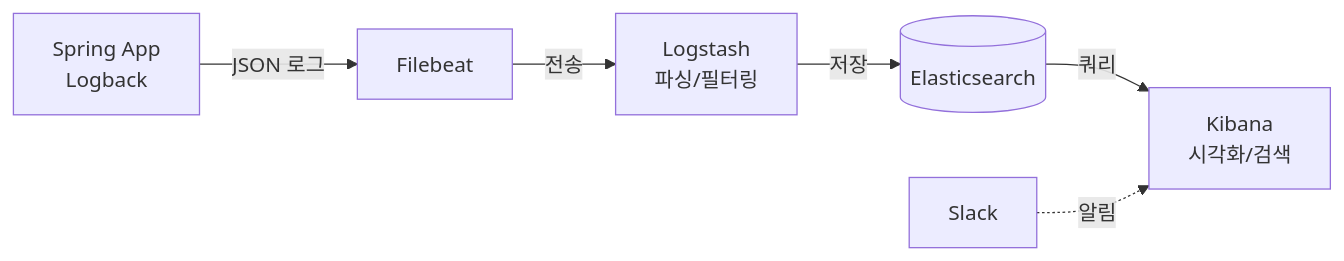
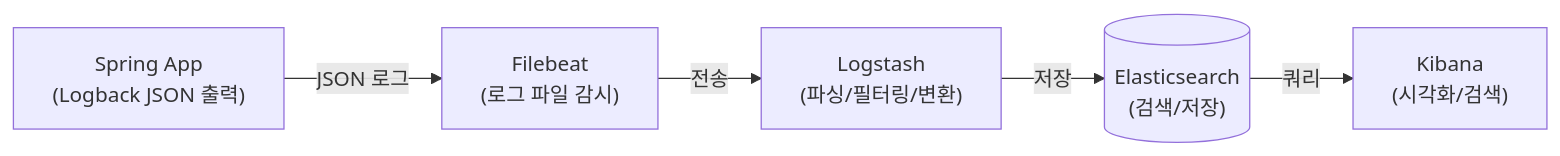
Before and after one commit to yjkim2015/yjkim2015.github.io: the third of 3 diagrams in _posts/monitoring/2026-05-01-monitoring-tools.md, drawn with Mermaid. The commit also changed other lines of this file and 34 other files, not shown here.

First line of the commit message:
Full quality pass: 41 files — ASCII removed, 동작원리 보강, diagrams

```diff
--- a/_posts/monitoring/2026-05-01-monitoring-tools.md
+++ b/_posts/monitoring/2026-05-01-monitoring-tools.md
@@ -255,8 +242,7 @@
 <div class="mermaid">
 graph LR
-    APP[Spring App<br>Logback] -->|JSON 로그| FB[Filebeat]
-    FB -->|전송| LS[Logstash<br>파싱/필터링]
-    LS -->|저장| ES[(Elasticsearch)]
-    ES -->|쿼리| KI[Kibana<br>시각화/검색]
-    SLACK[Slack] -.->|알림| KI
+    APP["Spring App\n(Logback JSON 출력)"] -->|"JSON 로그"| FB["Filebeat\n(로그 파일 감시)"]
+    FB -->|"전송"| LS["Logstash\n(파싱/필터링/변환)"]
+    LS -->|"저장"| ES[("Elasticsearch\n(검색/저장)")]
+    ES -->|"쿼리"| KI["Kibana\n(시각화/검색)"]
 </div>
```
